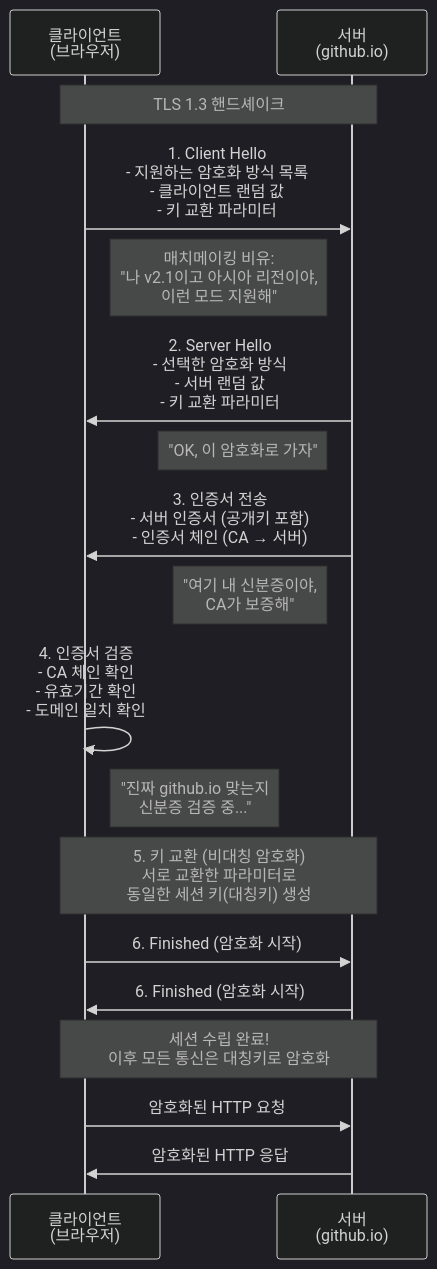
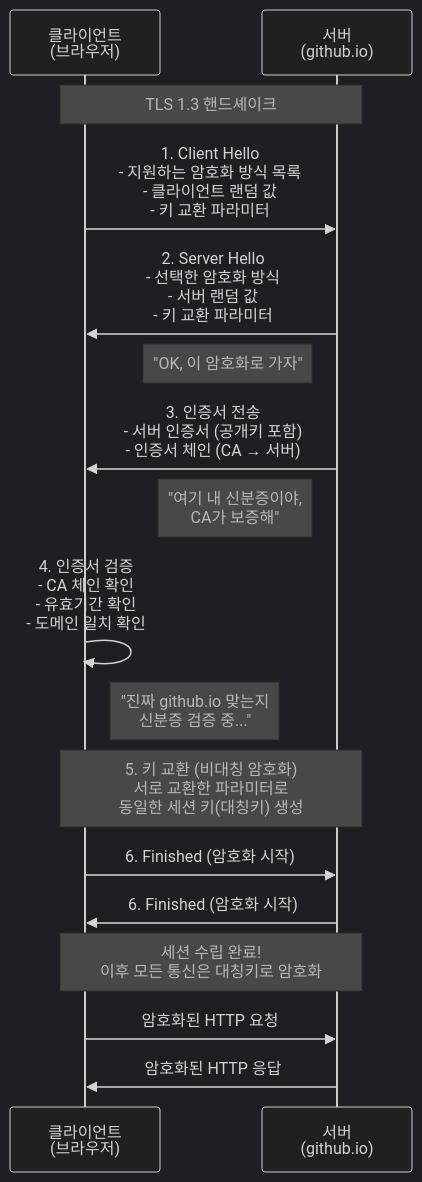
One commit to Epheria/Epheria.github.io changed the fourth of 4 diagrams in _posts/ETC/2026-02-21-InternetInfra01.md. Above: the diagram before and after it, drawn with Mermaid (dark theme). The commit also changed other lines of this file and 1 other file, not shown here.

````diff
--- a/_posts/ETC/2026-02-21-InternetInfra01.md
+++ b/_posts/ETC/2026-02-21-InternetInfra01.md
@@ -394,28 +355,27 @@
 ```mermaid
 sequenceDiagram
     participant C as 클라이언트<br/>(브라우저)
     participant S as 서버<br/>(github.io)
 
     Note over C,S: TLS 1.3 핸드셰이크
 
     C->>S: 1. Client Hello<br/>- 지원하는 암호화 방식 목록<br/>- 클라이언트 랜덤 값<br/>- 키 교환 파라미터
-    Note right of C: 매치메이킹 비유:<br/>"나 v2.1이고 아시아 리전이야,<br/>이런 모드 지원해"
 
     S->>C: 2. Server Hello<br/>- 선택한 암호화 방식<br/>- 서버 랜덤 값<br/>- 키 교환 파라미터
     Note left of S: "OK, 이 암호화로 가자"
 
     S->>C: 3. 인증서 전송<br/>- 서버 인증서 (공개키 포함)<br/>- 인증서 체인 (CA → 서버)
     Note left of S: "여기 내 신분증이야,<br/>CA가 보증해"
 
     C->>C: 4. 인증서 검증<br/>- CA 체인 확인<br/>- 유효기간 확인<br/>- 도메인 일치 확인
     Note right of C: "진짜 github.io 맞는지<br/>신분증 검증 중..."
 
     Note over C,S: 5. 키 교환 (비대칭 암호화)<br/>서로 교환한 파라미터로<br/>동일한 세션 키(대칭키) 생성
 
     C->>S: 6. Finished (암호화 시작)
     S->>C: 6. Finished (암호화 시작)
 
     Note over C,S: 세션 수립 완료!<br/>이후 모든 통신은 대칭키로 암호화
     C->>S: 암호화된 HTTP 요청
     S->>C: 암호화된 HTTP 응답
 ```
````
